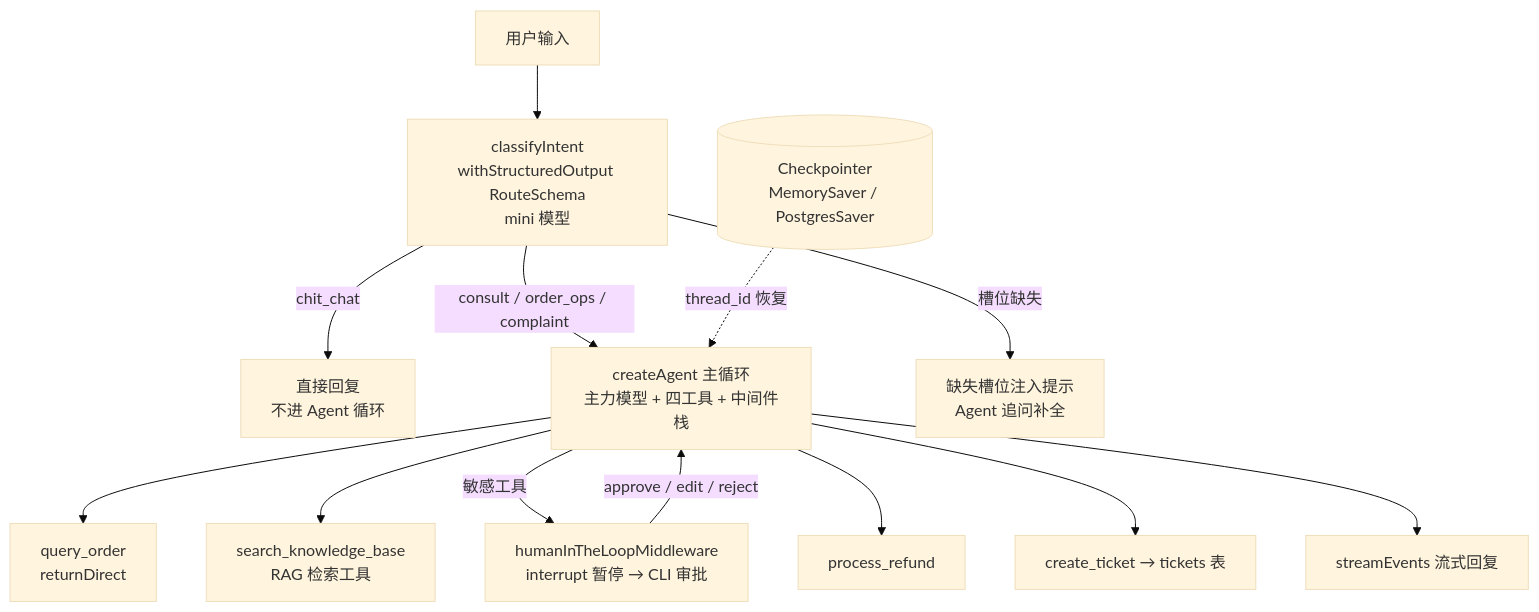
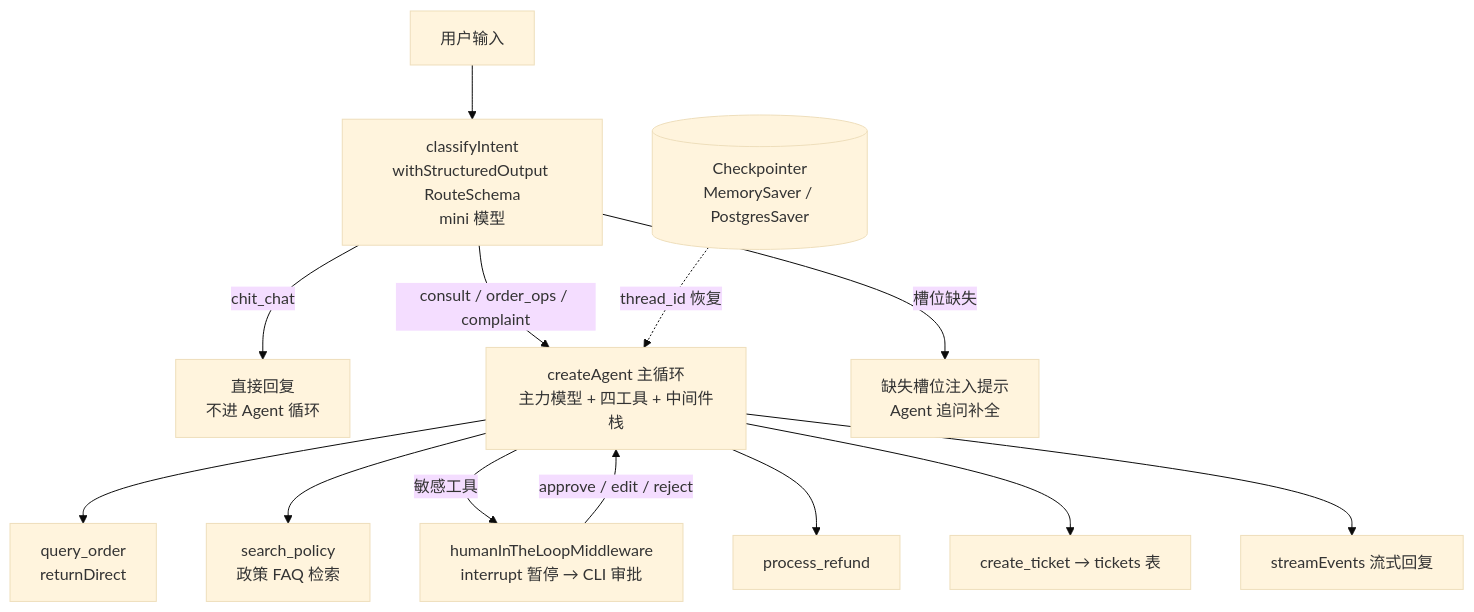
Before and after one commit to belos-street/kb-vault: the diagram in src/artificial-intelligence/agent/agent-fullstack/projects/02-customer-service/README.md, drawn with Mermaid (base theme). The commit also changed other lines of this file and 3 other files, not shown here.

````diff
--- a/src/artificial-intelligence/agent/agent-fullstack/projects/02-customer-service/README.md
+++ b/src/artificial-intelligence/agent/agent-fullstack/projects/02-customer-service/README.md
@@ -77,15 +78,15 @@
 ```mermaid
 flowchart TB
     U[用户输入] --> C[classifyIntent<br/>withStructuredOutput RouteSchema<br/>mini 模型]
     C -->|chit_chat| D[直接回复<br/>不进 Agent 循环]
     C -->|consult / order_ops / complaint| A[createAgent 主循环<br/>主力模型 + 四工具 + 中间件栈]
     C -->|槽位缺失| ASK[缺失槽位注入提示<br/>Agent 追问补全]
     A --> T1[query_order<br/>returnDirect]
-    A --> T2[search_knowledge_base<br/>RAG 检索工具]
+    A --> T2[search_policy<br/>政策 FAQ 检索]
     A -->|敏感工具| HITL[humanInTheLoopMiddleware<br/>interrupt 暂停 → CLI 审批]
     HITL -->|approve / edit / reject| A
     A --> T3[process_refund]
     A --> T4[create_ticket → tickets 表]
     A --> OUT[streamEvents 流式回复]
     CK[(Checkpointer<br/>MemorySaver / PostgresSaver)] -.thread_id 恢复.-> A
 ```
````
